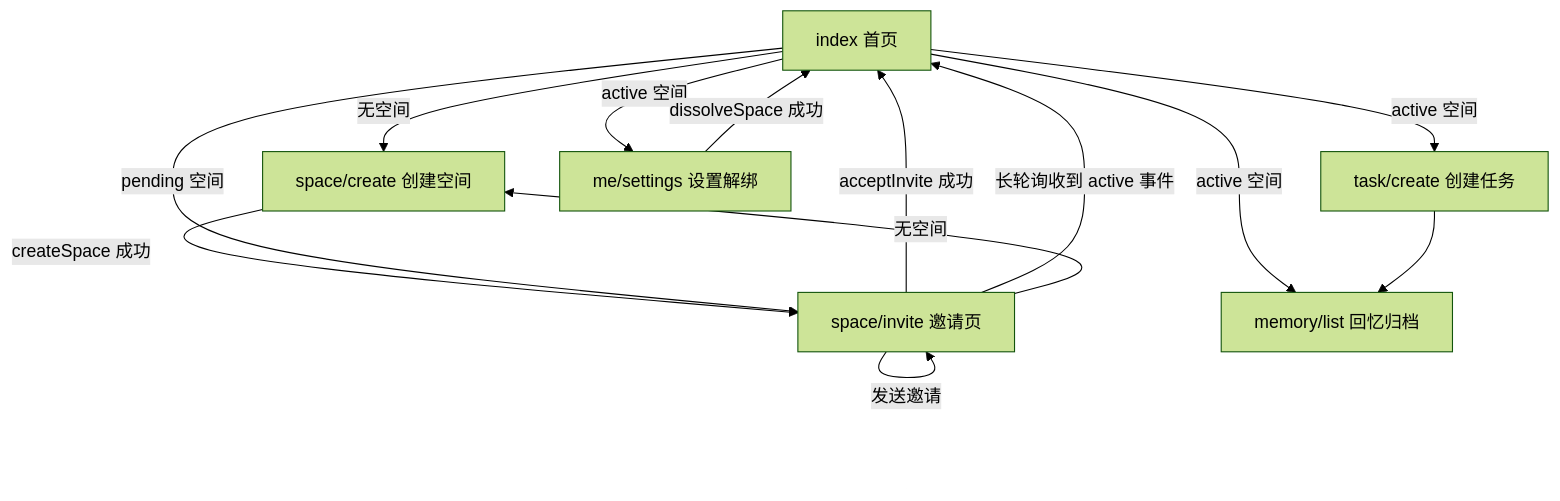
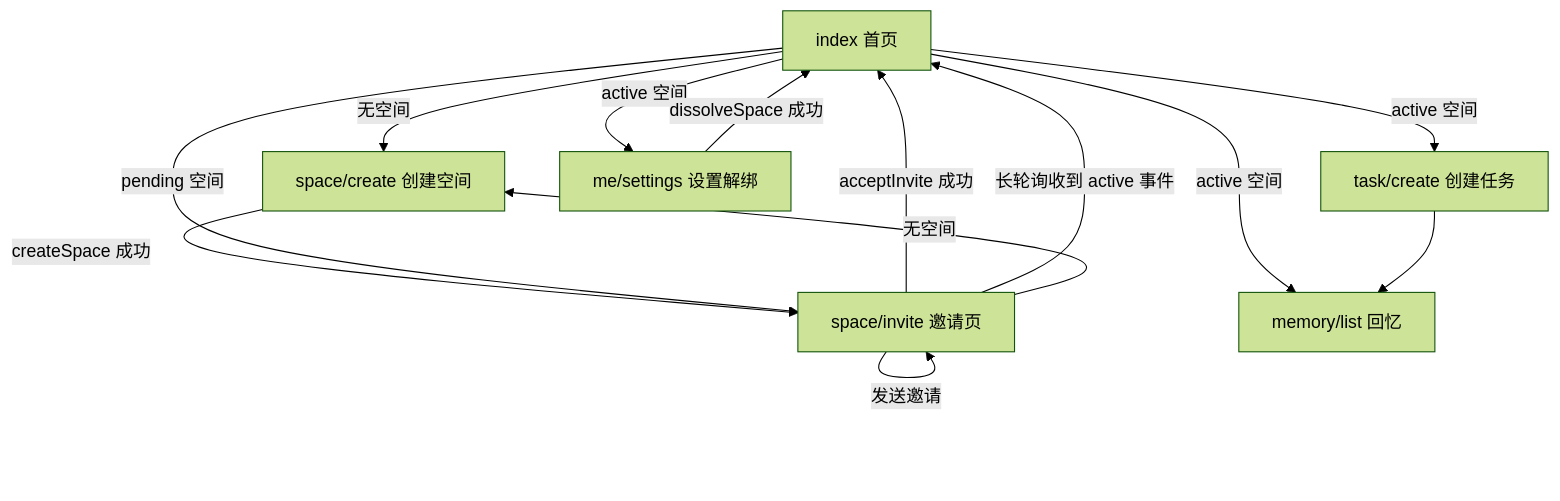
Before and after one commit to yuicer/mystwood: the diagram in README.md, drawn with Mermaid (forest theme). The commit also changed other lines of this file and 18 other files, not shown here.

````diff
--- a/README.md
+++ b/README.md
@@ -79,22 +82,22 @@
 ```mermaid
 flowchart TD
   Index["index 首页"]
   CreateSpace["space/create 创建空间"]
   Invite["space/invite 邀请页"]
   CreateTask["task/create 创建任务"]
-  Memory["memory/list 回忆归档"]
+  Memory["memory/list 回忆"]
   Settings["me/settings 设置解绑"]
 
   Index -->|无空间| CreateSpace
   CreateSpace -->|createSpace 成功| Invite
   Index -->|pending 空间| Invite
   Invite -->|发送邀请| Invite
   Invite -->|acceptInvite 成功| Index
   Invite -->|长轮询收到 active 事件| Index
   Invite -->|无空间| CreateSpace
   Index -->|active 空间| CreateTask
   Index -->|active 空间| Memory
   Index -->|active 空间| Settings
   CreateTask --> Memory
   Settings -->|dissolveSpace 成功| Index
 ```
````
